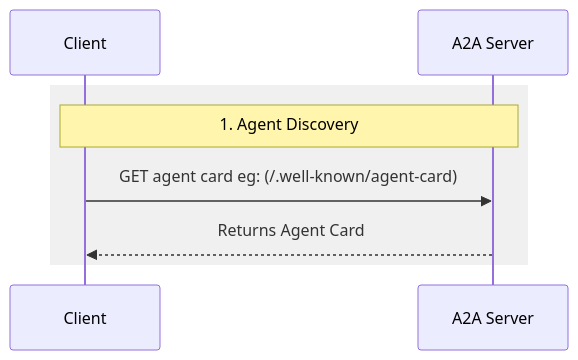
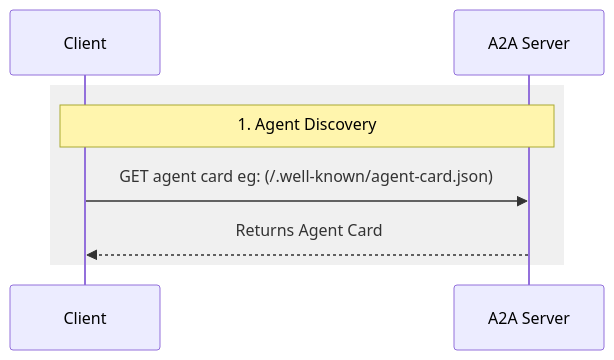
One commit to a2aproject/A2A changed the third of 5 diagrams in docs/topics/what-is-a2a.md. Above: the diagram before and after it, drawn with Mermaid. The commit also changed other lines of this file and 1 other file, not shown here.

````diff
--- a/docs/topics/what-is-a2a.md
+++ b/docs/topics/what-is-a2a.md
@@ -173,11 +173,11 @@
 ```mermaid
 sequenceDiagram
     participant Client
     participant A2A Server
 
     rect rgb(240, 240, 240)
     Note over Client, A2A Server: 1. Agent Discovery
-    Client->>A2A Server: GET agent card eg: (/.well-known/agent-card)
+    Client->>A2A Server: GET agent card eg: (/.well-known/agent-card.json)
     A2A Server-->>Client: Returns Agent Card
     end
 ```
````
